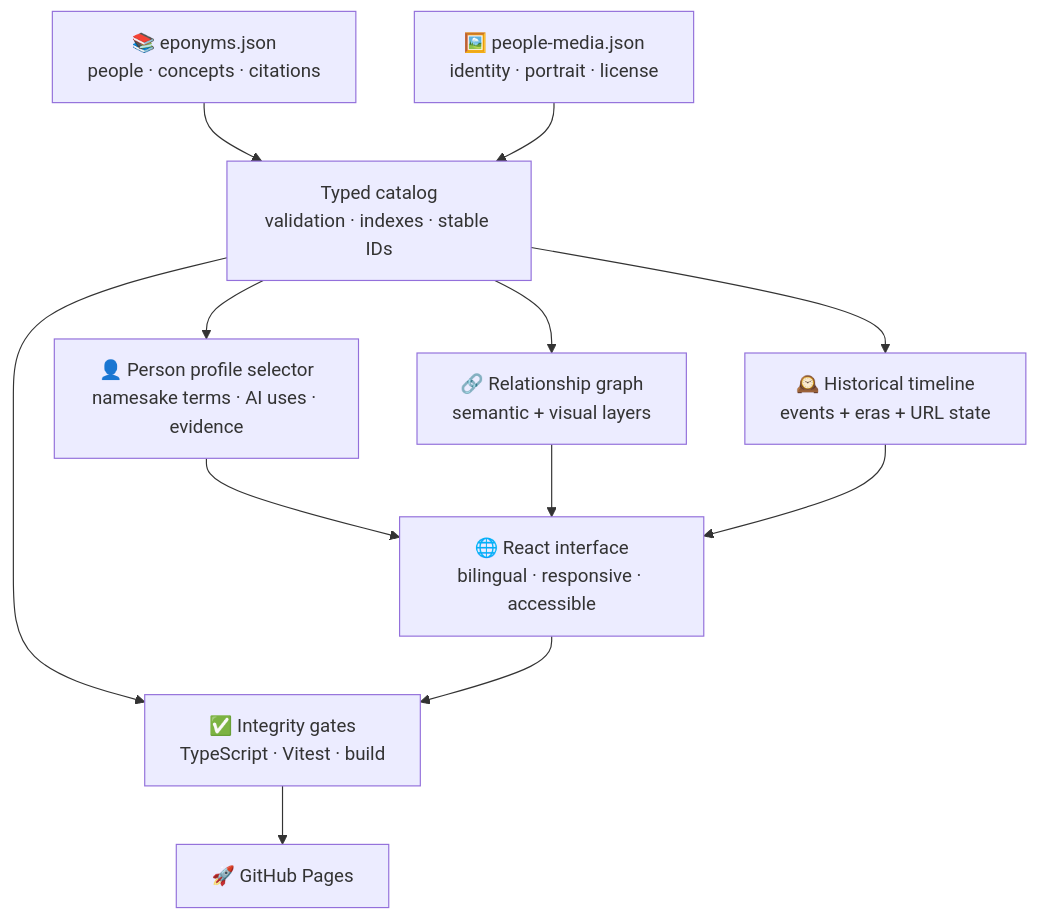
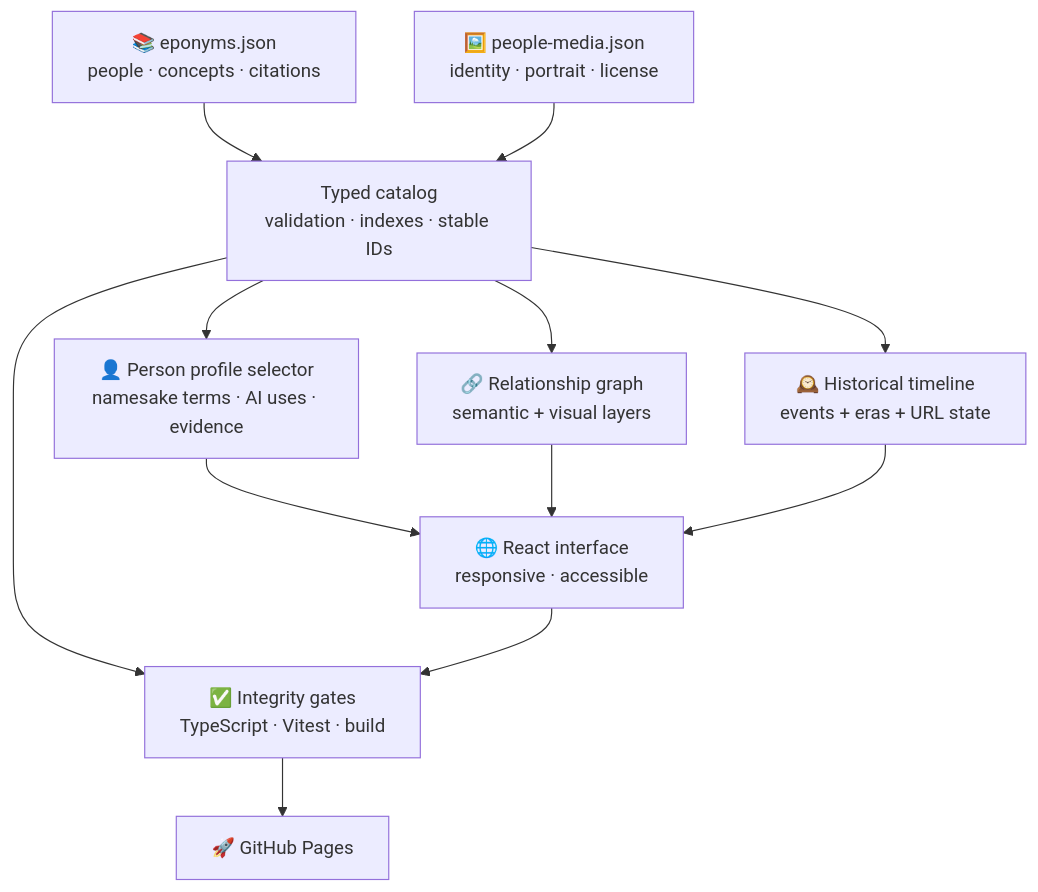
One commit to ChaoYue0307/ai-eponym-atlas changed the second of 2 diagrams in README.md. Above: the diagram before and after it, drawn with Mermaid. The commit also changed other lines of this file and 12 other files, not shown here.

````diff
--- a/README.md
+++ b/README.md
@@ -245,24 +245,24 @@
 ```mermaid
 flowchart TD
     E["📚 eponyms.json<br/>people · concepts · citations"]
     P["🖼️ people-media.json<br/>identity · portrait · license"]
     C["Typed catalog<br/>validation · indexes · stable IDs"]
     R["👤 Person profile selector<br/>namesake terms · AI uses · evidence"]
     G["🔗 Relationship graph<br/>semantic + visual layers"]
     T["🕰️ Historical timeline<br/>events + eras + URL state"]
-    U["🌐 React interface<br/>bilingual · responsive · accessible"]
+    U["🌐 React interface<br/>responsive · accessible"]
     Q["✅ Integrity gates<br/>TypeScript · Vitest · build"]
     D["🚀 GitHub Pages"]
 
     E --> C
     P --> C
     C --> R
     C --> G
     C --> T
     R --> U
     G --> U
     T --> U
     C --> Q
     U --> Q
     Q --> D
 ```
````
